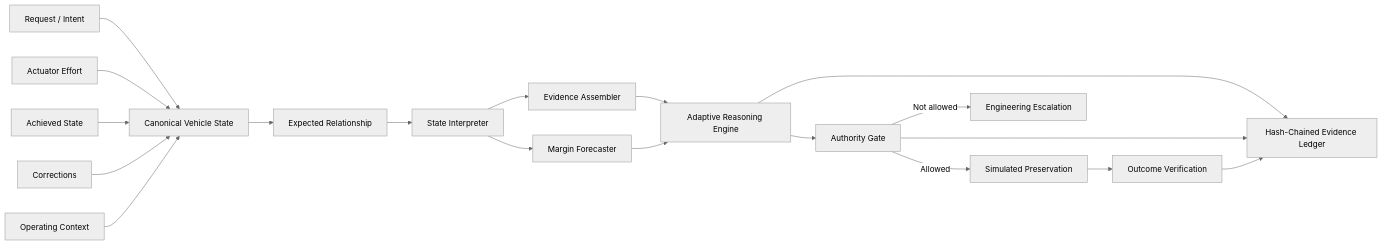
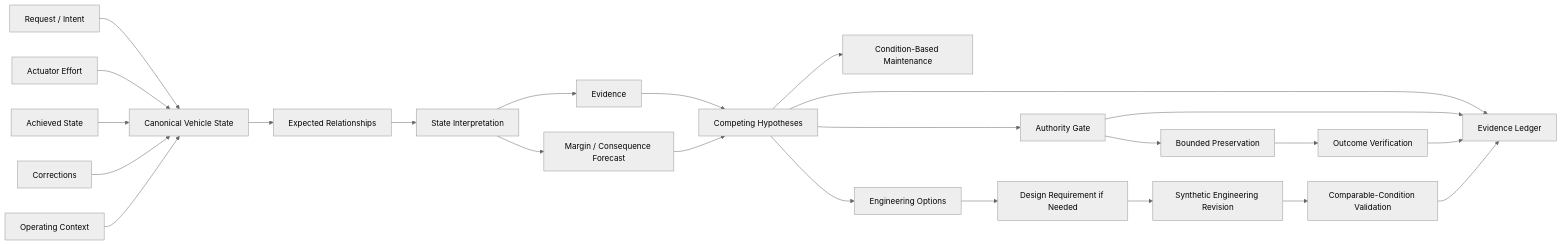
The diagram in README.md (RizAISystems/VIRAL), drawn with Mermaid (neutral theme) before and after one commit. The commit also changed other lines of this file and 14 other files, not shown here.

````diff
--- a/README.md
+++ b/README.md
@@ -108,21 +165,26 @@
 ```mermaid
 flowchart LR
     R[Request / Intent] --> N[Canonical Vehicle State]
     A[Actuator Effort] --> N
     O[Achieved State] --> N
     C[Corrections] --> N
     X[Operating Context] --> N
-    N --> E[Expected Relationship]
-    E --> S[State Interpreter]
-    S --> V[Evidence Assembler]
-    V --> Q[Adaptive Reasoning Engine]
-    S --> F[Margin Forecaster]
+    N --> E[Expected Relationships]
+    E --> S[State Interpretation]
+    S --> V[Evidence]
+    V --> Q[Competing Hypotheses]
+    S --> F[Margin / Consequence Forecast]
     F --> Q
     Q --> G[Authority Gate]
-    G -->|Allowed| P[Simulated Preservation]
-    G -->|Not allowed| H[Engineering Escalation]
+    G --> P[Bounded Preservation]
     P --> Z[Outcome Verification]
-    Q --> L[Hash-Chained Evidence Ledger]
+    Q --> M[Condition-Based Maintenance]
+    Q --> U[Engineering Options]
+    U --> D[Design Requirement if Needed]
+    D --> T[Synthetic Engineering Revision]
+    T --> Z2[Comparable-Condition Validation]
+    Q --> L[Evidence Ledger]
     G --> L
     Z --> L
+    Z2 --> L
 ```
````
